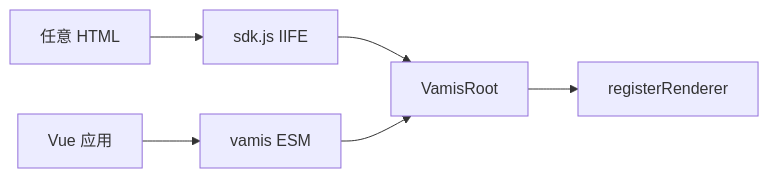
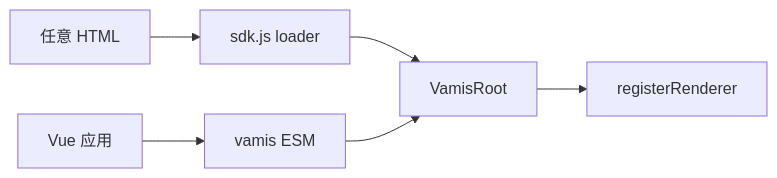
The diagram in docs/superpowers/specs/2026-10-21-vamis-js-sdk.md (maxid/vamis), drawn with Mermaid before and after one commit. The commit also changed other lines of this file and 15 other files, not shown here.

````diff
--- a/docs/superpowers/specs/2026-10-21-vamis-js-sdk.md
+++ b/docs/superpowers/specs/2026-10-21-vamis-js-sdk.md
@@ -125,8 +126,8 @@
 ```mermaid
 flowchart LR
-  html[任意 HTML] --> sdk[sdk.js IIFE]
+  html[任意 HTML] --> sdk[sdk.js loader]
   vueApp[Vue 应用] --> npm[vamis ESM]
   sdk --> root[VamisRoot]
   npm --> root
   root --> renderers[registerRenderer]
 ```
````
